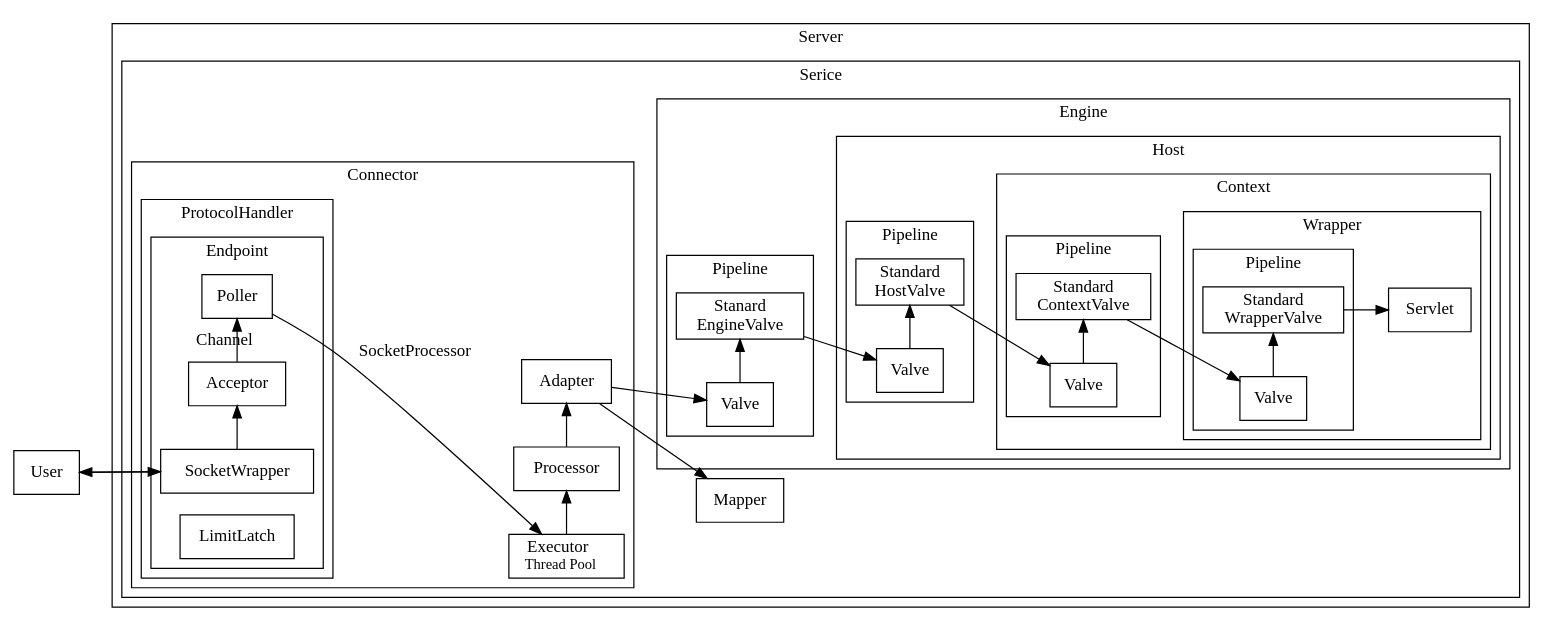
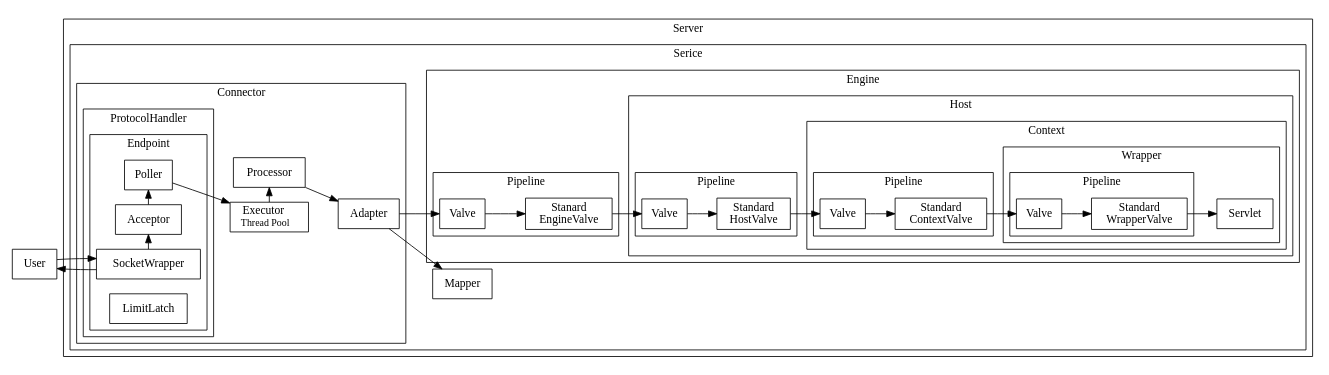
One commit to Robinpig/Note changed the third of 4 diagrams in docs/CS/Java/Tomcat/Tomcat.md. Above: the diagram before and after it, drawn with Graphviz. The commit also changed other lines of this file, not shown here.

````diff
--- a/docs/CS/Java/Tomcat/Tomcat.md
+++ b/docs/CS/Java/Tomcat/Tomcat.md
@@ -141,14 +142,14 @@
 ```dot
 strict digraph  {
-rankdir=LR;
-autosize=false;
- size="30.0, 38.3";
+  rankdir=LR;
+  autosize=false;
+  size="15.0, 5";
   node [shape=box];
 
   User;
 
-  Acceptor -> Poller [label="Channel"]
-  Poller -> Executor [label="SocketProcessor"]
+  Acceptor -> Poller
+  Poller -> Executor
   Processor;
   Executor -> Processor 
   
@@ -200,17 +201,17 @@
             Processor -> Adapter;
             Adapter -> Mapper;
          
-            {rank="same"; Executor;Processor;Adapter;}
+            {rank="same"; Executor;Processor;}
         }
 
         subgraph cluster_Engine {
             label="Engine"
-            Engine_Valve [label="Valve"];
         
               subgraph cluster_Engine_Pipeline {
                 label="Pipeline"
+                Engine_Valve [label="Valve"];
+                
                 StanardEngineValve[label="Stanard\nEngineValve"]
-                {rank="same"; Engine_Valve;StanardEngineValve;}
               }  
              Adapter -> Engine_Valve;
              Engine_Valve -> StanardEngineValve;
@@ -218,29 +219,27 @@
                 label="Host"
                 subgraph cluster_Host_Pipeline {
                   label="Pipeline"
+                  Host_Valve [label="Valve"];
+                  
                   StandardHostValve[label="Standard\nHostValve"]
-                  {rank="same"; Host_Valve;StandardHostValve;}
                 }
-                Host_Valve [label="Valve"];
                 subgraph cluster_Context {
                     label="Context"
                     autosize=false;
                     size="10.0, 18.3";
                     subgraph cluster_Engine_Pipeline {
                       label="Pipeline"
+                      Context_Valve [label="Valve"];
                       StandardContextValve[label="Standard\nContextValve"]
-                      {rank="same"; Context_Valve;StandardContextValve;}
                     }  
-                    Context_Valve [label="Valve"];
                     subgraph cluster_Wrapper_1 {
                         label="Wrapper"
                     
                         subgraph cluster_Host_Pipeline {
                           label="Pipeline"
+                          Wrapper_Valve_1 [label="Valve"];
                           StandardWrapperValve[label="Standard\nWrapperValve"]
-                          {rank="same"; Wrapper_Valve_1;StandardWrapperValve;}
                         }
-                        Wrapper_Valve_1 [label="Valve"];
                         StandardWrapperValve;
                         Servlet_1[label="Servlet"];
             
````
